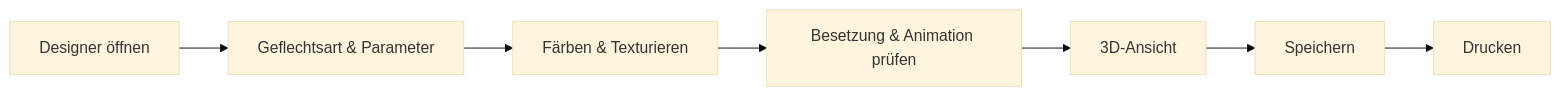
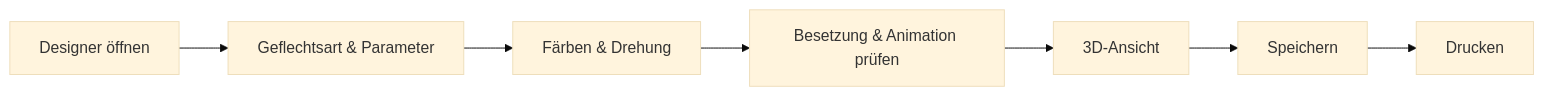
One commit to Herzog-GmbH/HerzogCAB-Docs changed the diagram in docs/tasks/design-from-scratch.md. Above: the diagram before and after it, drawn with Mermaid (base theme). The commit also changed other lines of this file and 53 other files, not shown here.

````diff
--- a/docs/tasks/design-from-scratch.md
+++ b/docs/tasks/design-from-scratch.md
@@ -11,9 +11,9 @@
 ```mermaid
 flowchart LR
   A["Designer öffnen"] --> B["Geflechtsart & Parameter"]
-  B --> C["Färben & Texturieren"]
+  B --> C["Färben & Drehung"]
   C --> D["Besetzung & Animation prüfen"]
   D --> E["3D-Ansicht"]
   E --> F["Speichern"]
   F --> G["Drucken"]
 ```
````
